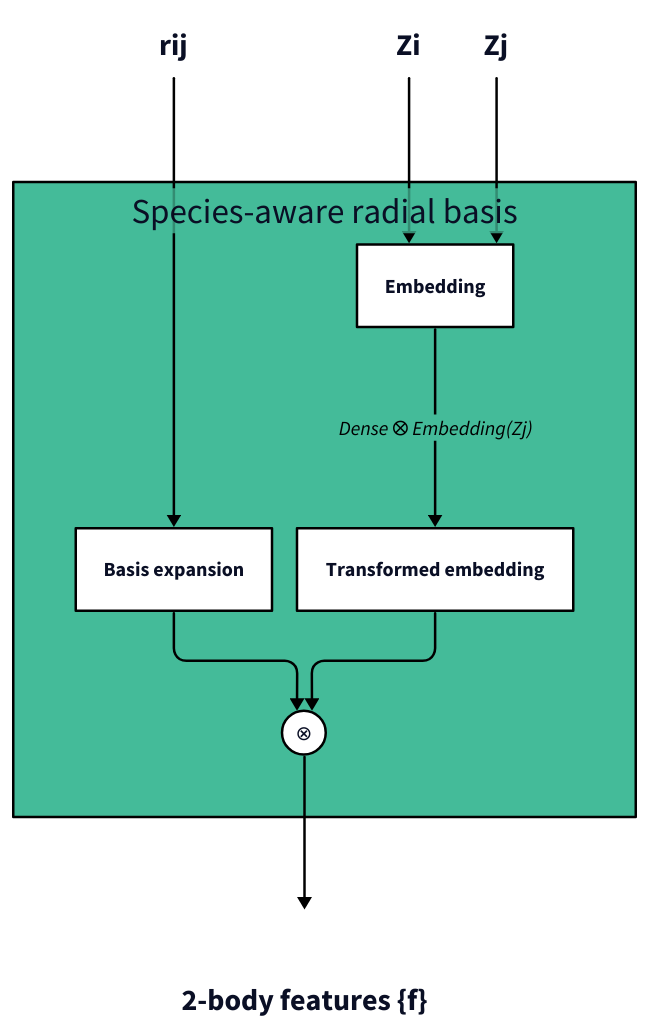
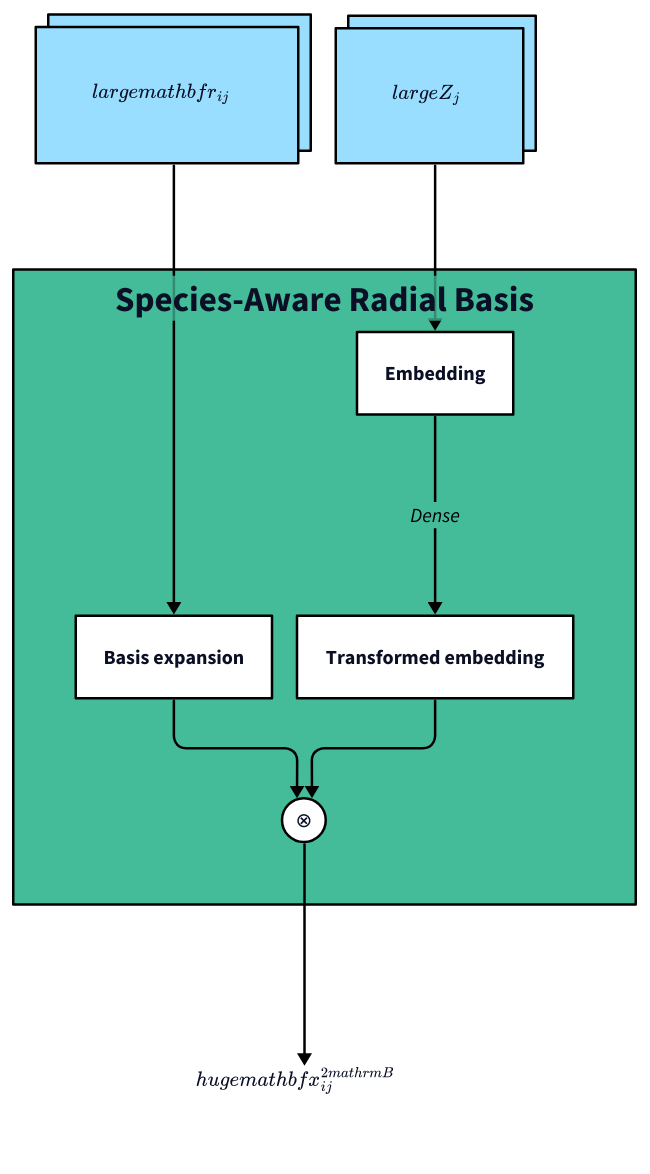
One commit to SamsungDS/gears_h changed the diagram in architecture_figures/1_sarb.d2. Above: the diagram before and after it, drawn with D2. The commit also changed 5 other files, not shown here.

Commit message:
Update architecture figures

```diff
--- a/architecture_figures/1_sarb.d2
+++ b/architecture_figures/1_sarb.d2
@@ -1,115 +1,132 @@
 # zi: {class: empty
 #      label: ""
 #      label.near: bottom-center
 #      equation: |latex 
 #                 \\large{Z_i}
 #                |
 #     }
-zi: Zi {class: empty}
-zj: Zj {class: empty}
-r: rij {class: empty}
-f: "2-body features \{f\}" {class: empty;label.near: outside-top-center}
+# zi: Zi {class: empty}
+zj: {label: ""
+     equation: |latex
+         \large{Z_j}
+     |
+     class: input}
+r: {label: ""
+    equation: |latex
+        \large{\mathbf{r}_{ij}}
+    |
+    class: input}
+f: {label: ""
+    equation: |latex
+        \huge{\mathbf{x}^{2\mathrm{B}}_{ij}}
+    |
+    class: empty
+    label.near: outside-bottom-center
+    }
 # ins.class: input
-sarb: Species-aware radial basis {
+sarb: Species-Aware Radial Basis {
     class: sarb
     embedding: Embedding {class: in_module}
     basis: Basis expansion {class: in_module}
     transformed_embedding: Transformed embedding {class: in_module}
     ⊗: {class: operator}
     # ⊕: {class: operator}
 
-
-    embedding -> transformed_embedding: Dense ⭙ Embedding(Zj) {style: {stroke: "#000000"; font-color: black}}
+    _.r -> basis: {style: {stroke: "#000000"}}
+    _.zj -> embedding: {style: {stroke: "#000000"}}
+    embedding -> transformed_embedding: Dense {style: {stroke: "#000000"; font-color: black}}
     transformed_embedding -> ⊗: {style: {stroke: "#000000"}}
     basis -> ⊗: {style: {stroke: "#000000"}}
+    ⊗ -> _.f.equation: {style: {stroke: "#000000"}}
     # ⊗ -> ⊕: {style: {stroke: "#000000"}}
     # transformed_embedding -> ⊕: Residual connection {style: {stroke: "#000000"; font-color: black}}
 }
 
-zi -> sarb.embedding: {style: {stroke: "#000000"}}
-zj -> sarb.embedding: {style: {stroke: "#000000"}}
-r -> sarb.basis: {style: {stroke: "#000000"}}
-sarb.⊗ -> f: {style: {stroke: "#000000"}}
+# zi -> sarb.embedding: {style: {stroke: "#000000"}}
+
+# sarb.⊗ -> f.equation: {style: {stroke: "#000000"}}
 
 
 classes: {
     operator: {shape: circle
                width: 35
                height: 35
                style: {fill: "#FFFFFF"
                        stroke: "#000000"
                     #    font: mono
                       }
     }
     empty: {
             # label: ""
             width: 50
-            height: 50
+            height: 10
             style: {
                 fill: transparent
                 stroke: transparent
                 font-size: 24
             }
     }
     sarb: {
         style: {
             fill: "#44BB99"
             stroke: "#000000"
+            bold: true
         }
     }
     in_module: {
         style: {
             fill: "#FFFFFF"
             stroke: "#000000"
             # opacity: 0.5
         }
     }
     ac: {
         style: {
             fill: "#BBCC33"
             stroke: "#000000"
         }
     }
     bc: {
         style: {
             fill: "#EEDD88"
             stroke: "#000000"
         }
     }
     rd: {
         style: {
             fill: "#EE8866"
             stroke: "#000000"
         }
     }
     ro: {
         style: {
             fill: "#FFAABB"
             stroke: "#000000"
         }
     }
     outs: {
         style: {
             fill: "#DDDDDD"
             stroke: "#000000"
             multiple: true
         }
     }
     input : {
         # label: ""
         width: 50
         height: 50
         style: {
             fill: "#99DDFF"
             stroke: "#000000"
             multiple: true
         }
     }
 }
 
 vars: {
     d2-config: {
       layout-engine: elk
     #   theme-id: 101
+      pad: 10
     }
 }
```
